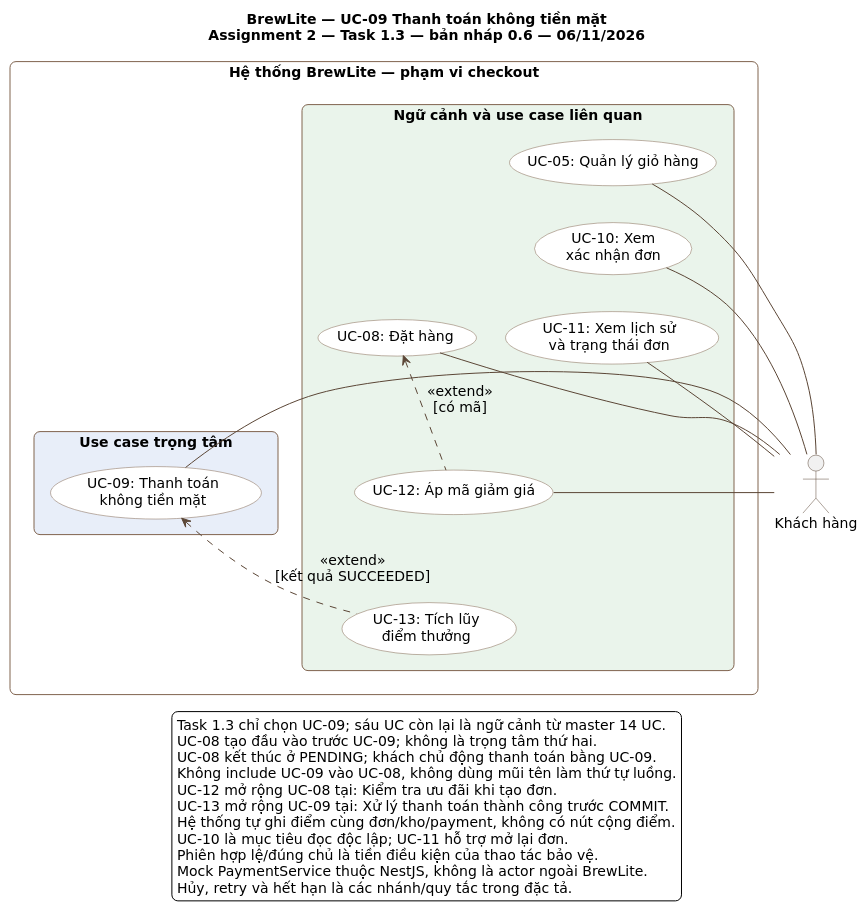
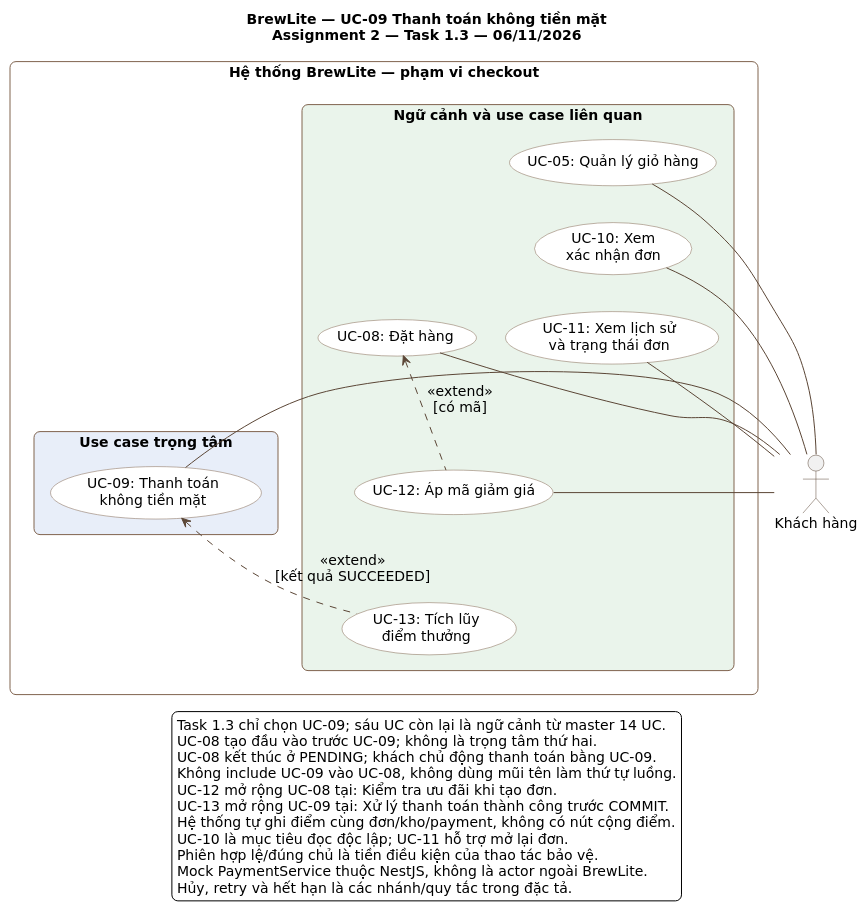
The diagram in docs/diagrams/use-case-checkout.puml (giabaot400-boop/BrewLite), drawn with PlantUML before and after one commit. The commit also changed 49 other files, not shown here.

```diff
--- a/docs/diagrams/use-case-checkout.puml
+++ b/docs/diagrams/use-case-checkout.puml
@@ -1,64 +1,64 @@
 @startuml use-case-checkout
 skinparam defaultFontName DejaVu Sans
 skinparam defaultFontSize 14
 skinparam shadowing false
 skinparam backgroundColor #FFFFFF
 skinparam ArrowColor #5B4636
 skinparam packageStyle rectangle
 skinparam roundcorner 12
 skinparam actorBorderColor #5B4636
 skinparam rectangleBorderColor #80644F
 skinparam usecaseBorderColor #80644F
 skinparam usecaseBackgroundColor #FFFFFF
 skinparam nodesep 30
 skinparam ranksep 35
 top to bottom direction
-title BrewLite — UC-09 Thanh toán không tiền mặt\nAssignment 2 — Task 1.3 — bản nháp 0.6 — 06/11/2026
+title BrewLite — UC-09 Thanh toán không tiền mặt\nAssignment 2 — Task 1.3 — 06/11/2026
 
 actor "Khách hàng" as Customer
 
 rectangle "Hệ thống BrewLite — phạm vi checkout" {
   package "Use case trọng tâm" #E8EEF9 {
     usecase "UC-09: Thanh toán\nkhông tiền mặt" as UC09
   }
   package "Ngữ cảnh và use case liên quan" #EAF4EB {
     usecase "UC-08: Đặt hàng" as UC08
     usecase "UC-05: Quản lý giỏ hàng" as UC05
     usecase "UC-10: Xem\nxác nhận đơn" as UC10
     usecase "UC-11: Xem lịch sử\nvà trạng thái đơn" as UC11
     usecase "UC-12: Áp mã giảm giá" as UC12
     usecase "UC-13: Tích lũy\nđiểm thưởng" as UC13
   }
 }
 
 Customer -left- UC08
 Customer -left- UC09
 Customer -left- UC05
 Customer -left- UC10
 Customer -left- UC11
 Customer -left- UC12
 
 UC12 .up.> UC08 : <<extend>>\n[có mã]
 UC13 .up.> UC09 : <<extend>>\n[kết quả SUCCEEDED]
 
 UC08 -[hidden]down-> UC09
 UC09 -[hidden]down-> UC05
 UC05 -[hidden]down-> UC10
 UC10 -[hidden]down-> UC11
 UC11 -[hidden]down-> UC12
 UC12 -[hidden]down-> UC13
 
 legend bottom
   Task 1.3 chỉ chọn UC-09; sáu UC còn lại là ngữ cảnh từ master 14 UC.
   UC-08 tạo đầu vào trước UC-09; không là trọng tâm thứ hai.
   UC-08 kết thúc ở PENDING; khách chủ động thanh toán bằng UC-09.
   Không include UC-09 vào UC-08, không dùng mũi tên làm thứ tự luồng.
   UC-12 mở rộng UC-08 tại: Kiểm tra ưu đãi khi tạo đơn.
   UC-13 mở rộng UC-09 tại: Xử lý thanh toán thành công trước COMMIT.
   Hệ thống tự ghi điểm cùng đơn/kho/payment, không có nút cộng điểm.
   UC-10 là mục tiêu đọc độc lập; UC-11 hỗ trợ mở lại đơn.
   Phiên hợp lệ/đúng chủ là tiền điều kiện của thao tác bảo vệ.
   Mock PaymentService thuộc NestJS, không là actor ngoài BrewLite.
   Hủy, retry và hết hạn là các nhánh/quy tắc trong đặc tả.
 endlegend
 @enduml
```
